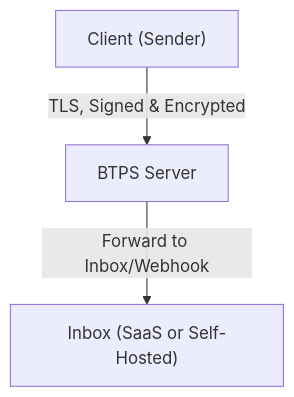
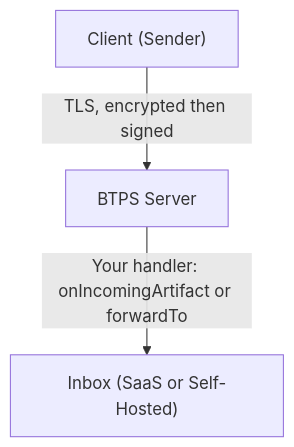
The first of 2 diagrams in docs/docusaurus/docs/server/overview.md (openbtps/btps-node), drawn with Mermaid before and after one commit. The commit also changed other lines of this file and 26 other files, not shown here.

First line of the commit message:
Docs: bring every diagram in line with 1.1

````diff
--- a/docs/docusaurus/docs/server/overview.md
+++ b/docs/docusaurus/docs/server/overview.md
@@ -26,5 +26,5 @@
 ```mermaid
 graph TD
-  Client["Client (Sender)"] -- "TLS, Signed & Encrypted" --> Server["BTPS Server"]
-  Server -- "Forward to Inbox/Webhook" --> Inbox["Inbox (SaaS or Self-Hosted)"]
+  Client["Client (Sender)"] -- "TLS, encrypted then signed" --> Server["BTPS Server"]
+  Server -- "Your handler: onIncomingArtifact or forwardTo" --> Inbox["Inbox (SaaS or Self-Hosted)"]
 ```
````
